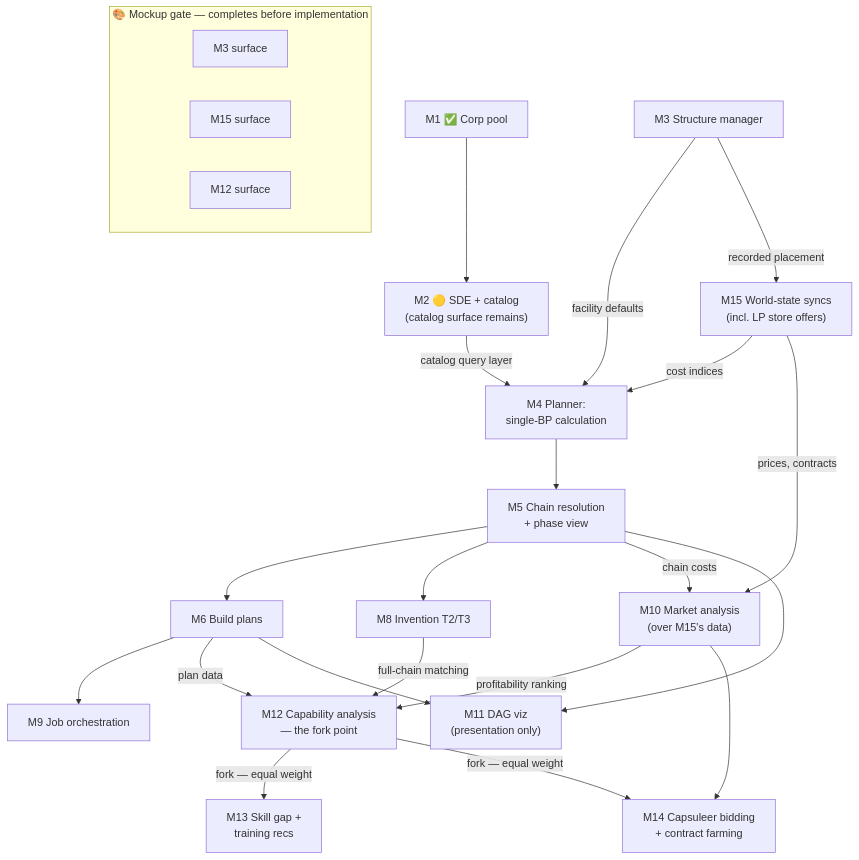
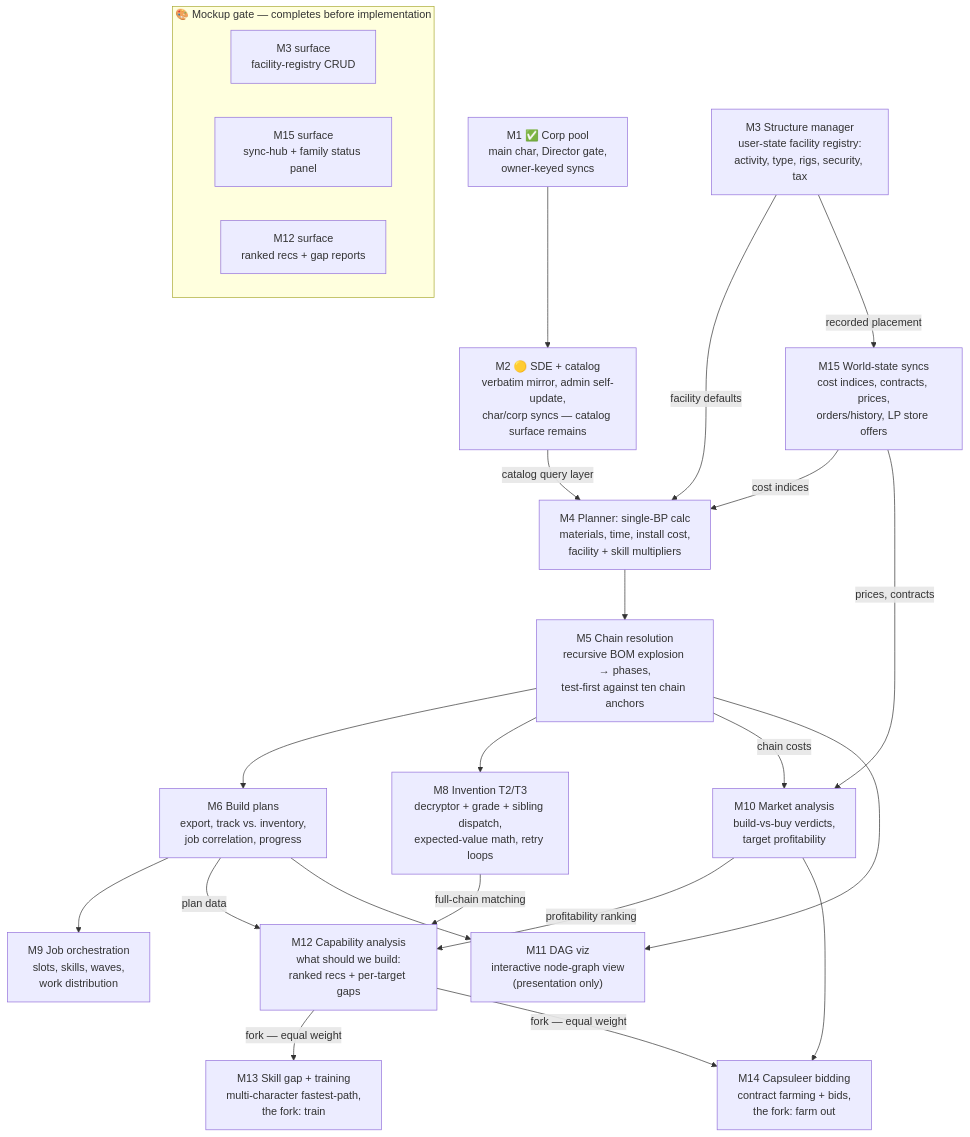
Before and after one commit to blitz-tools/industry: the diagram in MILESTONES.md, drawn with Mermaid.

Commit message:
Dependency graph: header-style milestone summaries on every node
Each node in the mermaid diagram now carries a two-line summary of
what the milestone is — its scope in brief, not just its number.
The gate nodes describe their surfaces; the milestone nodes cover
their core scope (e.g. M5: "recursive BOM explosion -> phases,
test-first against ten chain anchors"; M12: "what should we build:
ranked recs + per-target gaps"; M13/M14 name their fork position).

````diff
--- a/MILESTONES.md
+++ b/MILESTONES.md
@@ -112,43 +112,43 @@
 ```mermaid
 flowchart TD
     subgraph gate["🎨 Mockup gate — completes before implementation"]
-        MS3["M3 surface"]
-        MS15["M15 surface"]
-        MS12["M12 surface"]
+        MS3["M3 surface<br/>facility-registry CRUD"]
+        MS15["M15 surface<br/>sync-hub + family status panel"]
+        MS12["M12 surface<br/>ranked recs + gap reports"]
     end
 
-    M1["M1 ✅ Corp pool"]
-    M2["M2 🟡 SDE + catalog<br/>(catalog surface remains)"]
-    M3["M3 Structure manager"]
-    M15["M15 World-state syncs<br/>(incl. LP store offers)"]
-    M4["M4 Planner:<br/>single-BP calculation"]
-    M5["M5 Chain resolution<br/>+ phase view"]
-    M6["M6 Build plans"]
-    M8["M8 Invention T2/T3"]
-    M9["M9 Job orchestration"]
-    M10["M10 Market analysis<br/>(over M15's data)"]
-    M11["M11 DAG viz<br/>(presentation only)"]
-    M12["M12 Capability analysis<br/>— the fork point"]
-    M13["M13 Skill gap +<br/>training recs"]
-    M14["M14 Capsuleer bidding<br/>+ contract farming"]
+    M1["M1 ✅ Corp pool<br/>main char, Director gate,<br/>owner-keyed syncs"]
+    M2["M2 🟡 SDE + catalog<br/>verbatim mirror, admin self-update,<br/>char/corp syncs — catalog surface remains"]
+    M3["M3 Structure manager<br/>user-state facility registry:<br/>activity, type, rigs, security, tax"]
+    M15["M15 World-state syncs<br/>cost indices, contracts, prices,<br/>orders/history, LP store offers"]
+    M4["M4 Planner: single-BP calc<br/>materials, time, install cost,<br/>facility + skill multipliers"]
+    M5["M5 Chain resolution<br/>recursive BOM explosion → phases,<br/>test-first against ten chain anchors"]
+    M6["M6 Build plans<br/>export, track vs. inventory,<br/>job correlation, progress"]
+    M8["M8 Invention T2/T3<br/>decryptor + grade + sibling dispatch,<br/>expected-value math, retry loops"]
+    M9["M9 Job orchestration<br/>slots, skills, waves,<br/>work distribution"]
+    M10["M10 Market analysis<br/>build-vs-buy verdicts,<br/>target profitability"]
+    M11["M11 DAG viz<br/>interactive node-graph view<br/>(presentation only)"]
+    M12["M12 Capability analysis<br/>what should we build:<br/>ranked recs + per-target gaps"]
+    M13["M13 Skill gap + training<br/>multi-character fastest-path,<br/>the fork: train"]
+    M14["M14 Capsuleer bidding<br/>contract farming + bids,<br/>the fork: farm out"]
 
     M1 --> M2
     M2 -->|"catalog query layer"| M4
     M3 -->|"facility defaults"| M4
     M3 -->|"recorded placement"| M15
     M15 -->|"cost indices"| M4
     M15 -->|"prices, contracts"| M10
     M4 --> M5
     M5 --> M6
     M5 --> M8
     M6 --> M9
     M5 -->|"chain costs"| M10
     M10 -->|"profitability ranking"| M12
     M8 -->|"full-chain matching"| M12
     M6 -->|"plan data"| M12
     M12 -->|"fork — equal weight"| M13
     M12 -->|"fork — equal weight"| M14
     M10 --> M14
     M5 --> M11
     M6 --> M11
 ```
````
